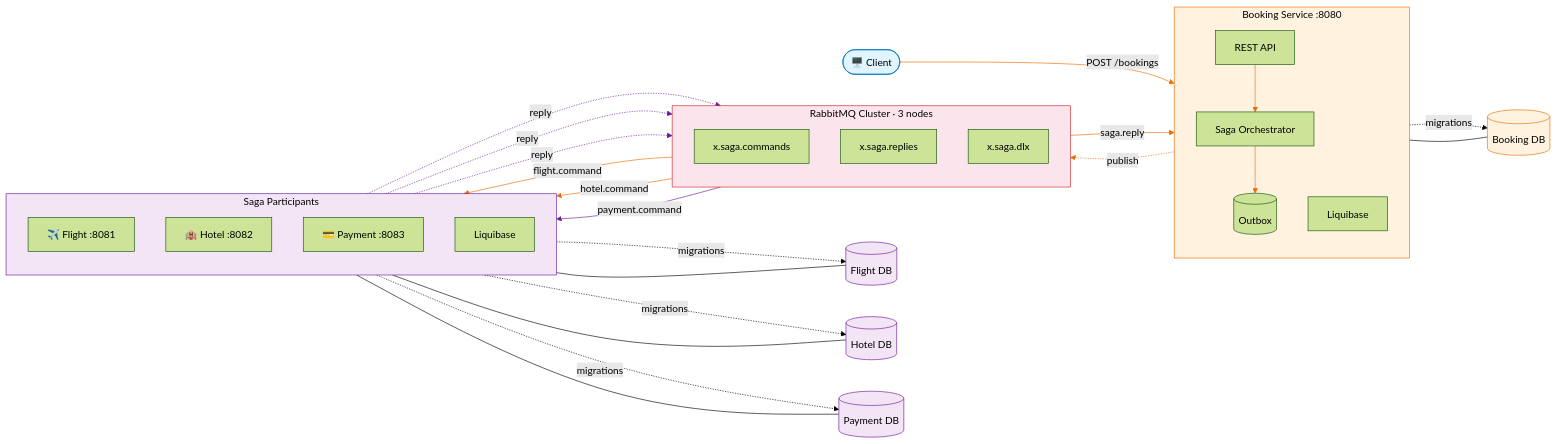
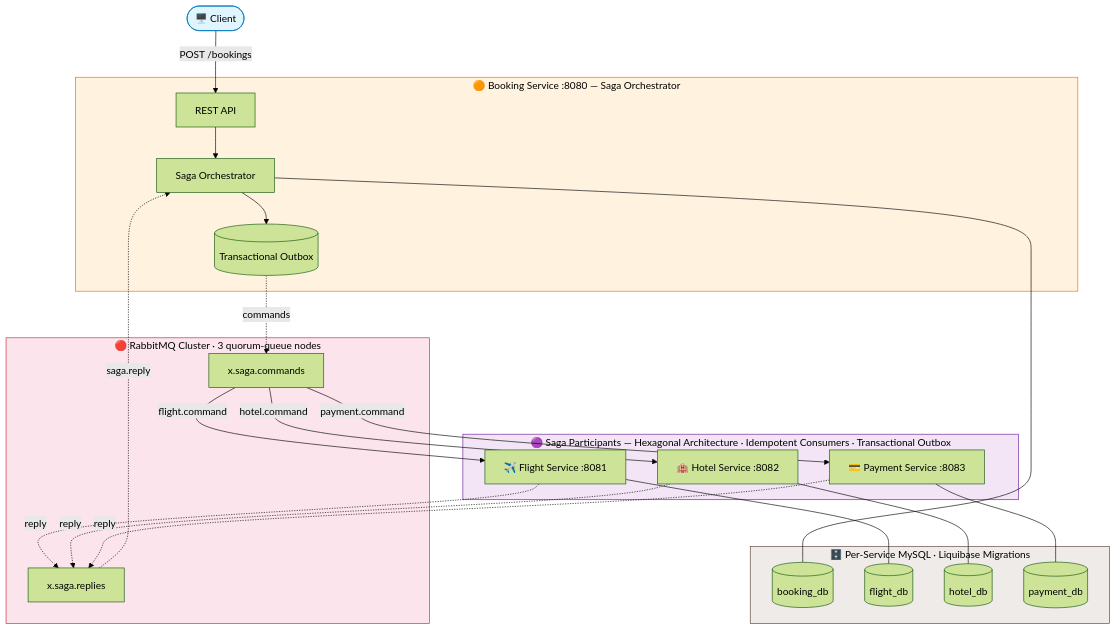
The first of 2 diagrams in README.md (mrzodeczko-dev/Distributed-Trip-Booking-System---Saga-Orchestration), drawn with Mermaid (forest theme) before and after one commit.

Commit message:
update README to enhance architecture diagrams and clarify saga flow with updated service representations

````diff
--- a/README.md
+++ b/README.md
@@ -20,68 +20,51 @@
 ```mermaid
-graph LR
+graph TD
     Client(["🖥️ Client"])
+    Client -- "POST /bookings" --> API
 
-    subgraph ORCH["Booking Service :8080"]
-        direction TB
-        API["REST API"]
-        SAG["Saga Orchestrator"]
-        OB1[("Outbox")]
-        LB1["Liquibase"]
-        API --> SAG --> OB1
+    subgraph ORCH["🟠 Booking Service :8080 — Saga Orchestrator"]
+        API["REST API"] --> SAG["Saga Orchestrator"]
+        SAG --> OB1[("Transactional Outbox")]
     end
 
-    subgraph MQ["RabbitMQ Cluster · 3 nodes"]
-        direction TB
+    OB1 -. "commands" .-> CMD
+
+    subgraph MQ["🔴 RabbitMQ Cluster · 3 quorum-queue nodes"]
         CMD["x.saga.commands"]
         RPL["x.saga.replies"]
-        DLX["x.saga.dlx"]
     end
 
-    subgraph PART["Saga Participants"]
-        direction TB
-        F["✈️ Flight :8081"]
-        H["🏨 Hotel :8082"]
-        P["💳 Payment :8083"]
-        LB2["Liquibase"]
-    end
-
-    B_DB[("Booking DB")]
-    F_DB[("Flight DB")]
-    H_DB[("Hotel DB")]
-    P_DB[("Payment DB")]
-
-    Client -- "POST /bookings" --> API
-
-    OB1 -. "publish" .-> CMD
+    RPL -. "saga.reply" .-> SAG
 
     CMD -- "flight.command" --> F
     CMD -- "hotel.command" --> H
     CMD -- "payment.command" --> P
 
+    subgraph PART["🟣 Saga Participants — Hexagonal Architecture · Idempotent Consumers · Transactional Outbox"]
+        F["✈️ Flight Service :8081"]
+        H["🏨 Hotel Service :8082"]
+        P["💳 Payment Service :8083"]
+    end
+
     F -. "reply" .-> RPL
     H -. "reply" .-> RPL
     P -. "reply" .-> RPL
 
-    RPL -- "saga.reply" --> SAG
+    subgraph DATA["🗄️ Per-Service MySQL · Liquibase Migrations"]
+        B_DB[("booking_db")]
+        F_DB[("flight_db")]
+        H_DB[("hotel_db")]
+        P_DB[("payment_db")]
+    end
 
-    LB1 -. "migrations" .-> B_DB
     SAG --- B_DB
-    LB2 -. "migrations" .-> F_DB
-    LB2 -. "migrations" .-> H_DB
-    LB2 -. "migrations" .-> P_DB
     F --- F_DB
     H --- H_DB
     P --- P_DB
 
     style Client fill:#e1f5fe,stroke:#0277bd,color:#000
     style ORCH fill:#fff3e0,stroke:#ef6c00,color:#000
     style MQ fill:#fce4ec,stroke:#c62828,color:#000
     style PART fill:#f3e5f5,stroke:#6a1b9a,color:#000
-    style B_DB fill:#fff3e0,stroke:#ef6c00,color:#000
-    style F_DB fill:#f3e5f5,stroke:#6a1b9a,color:#000
-    style H_DB fill:#f3e5f5,stroke:#6a1b9a,color:#000
-    style P_DB fill:#f3e5f5,stroke:#6a1b9a,color:#000
-
-    linkStyle 0,1,2,3,4,5,10 stroke:#ef6c00
-    linkStyle 6,7,8,9 stroke:#6a1b9a
+    style DATA fill:#efebe9,stroke:#5d4037,color:#000
 ```
````
